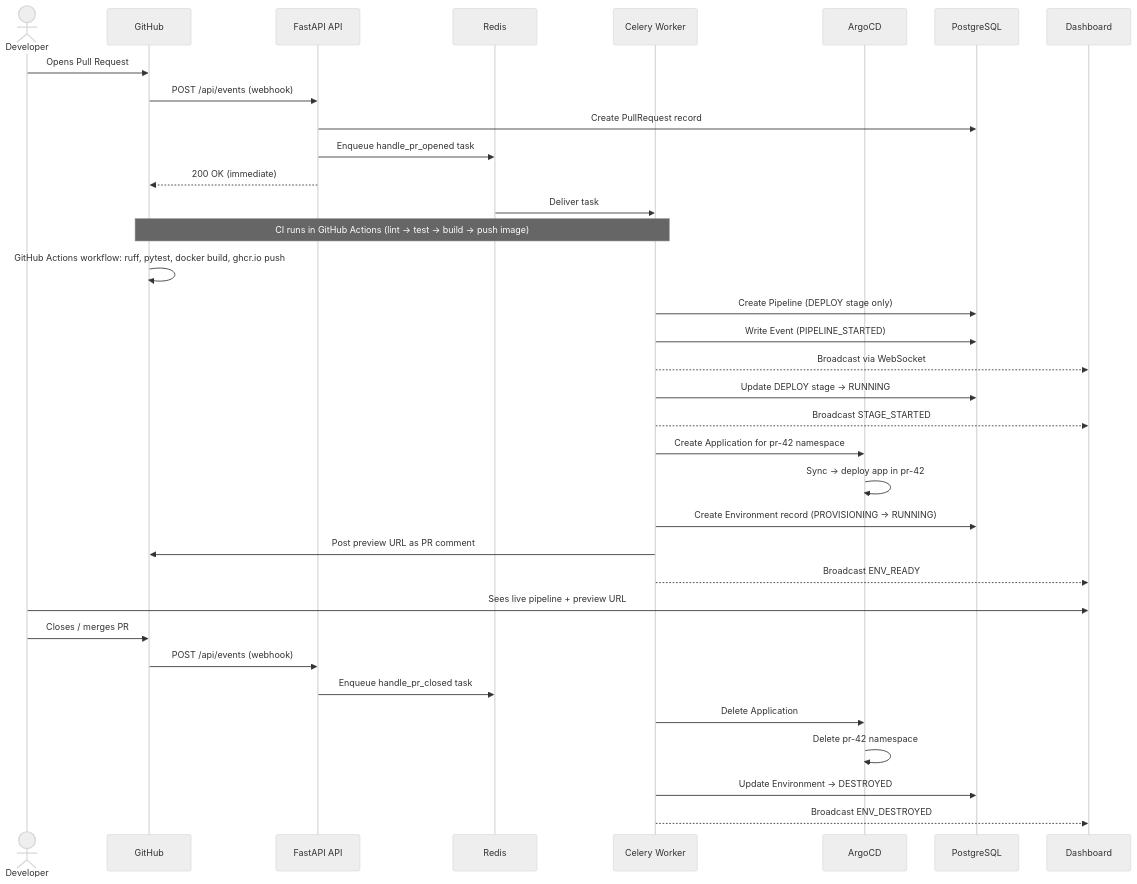
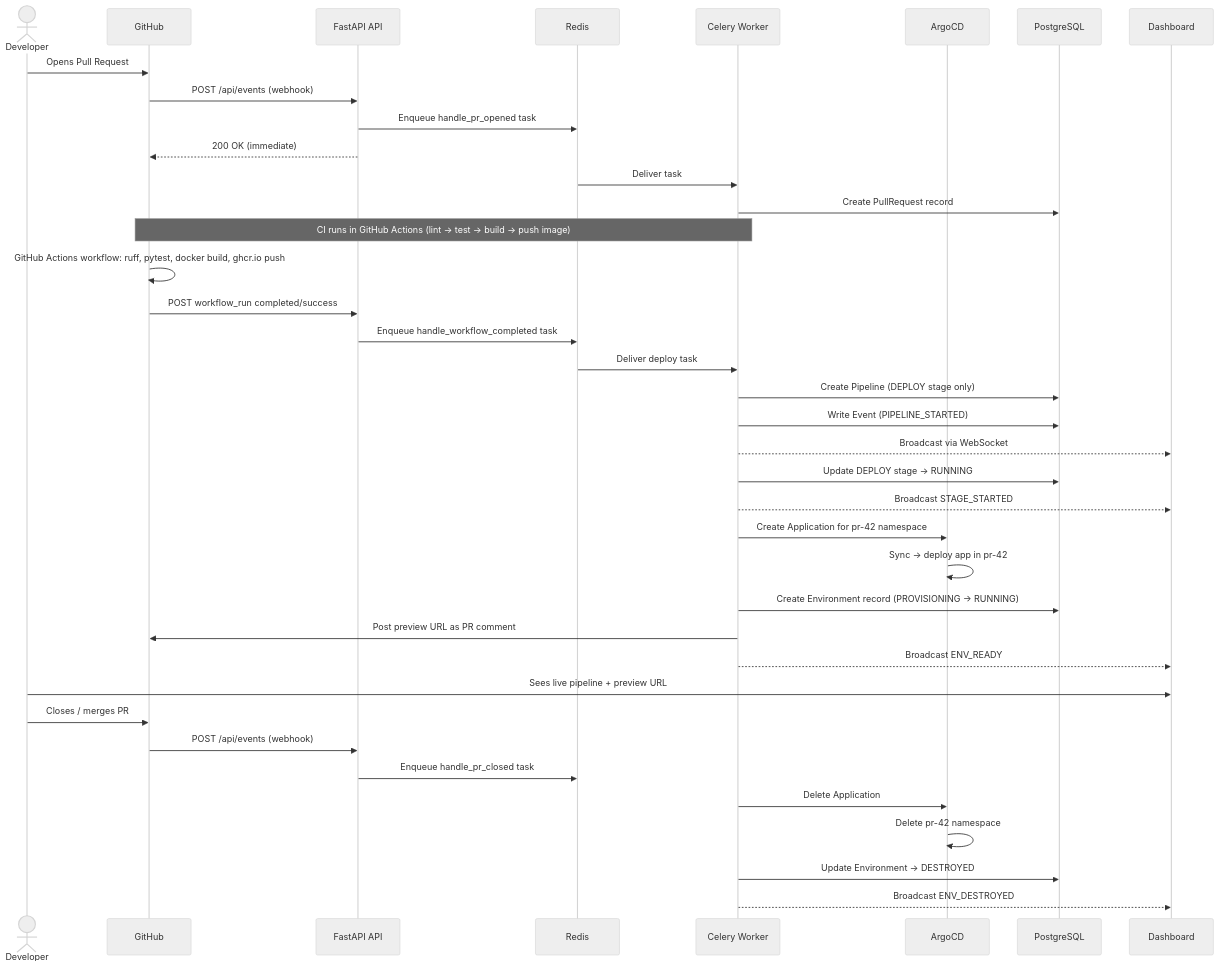
The second of 4 diagrams in README.md (robin-replat/SnapEnv), drawn with Mermaid (neutral theme) before and after one commit. The commit also changed other lines of this file and 20 other files, not shown here.

````diff
--- a/README.md
+++ b/README.md
@@ -86,43 +86,45 @@
 ```mermaid
 sequenceDiagram
     actor Dev as Developer
     participant GH as GitHub
     participant API as FastAPI API
     participant Redis
     participant Worker as Celery Worker
     participant ArgoCD
     participant DB as PostgreSQL
     participant Dash as Dashboard
 
     Dev->>GH: Opens Pull Request
     GH->>API: POST /api/events (webhook)
-    API->>DB: Create PullRequest record
     API->>Redis: Enqueue handle_pr_opened task
     API-->>GH: 200 OK (immediate)
-
     Redis->>Worker: Deliver task
+    Worker->>DB: Create PullRequest record
 
     Note over GH,Worker: CI runs in GitHub Actions (lint → test → build → push image)
     GH->>GH: GitHub Actions workflow: ruff, pytest, docker build, ghcr.io push
+    GH->>API: POST workflow_run completed/success
+    API->>Redis: Enqueue handle_workflow_completed task
+    Redis->>Worker: Deliver deploy task
 
     Worker->>DB: Create Pipeline (DEPLOY stage only)
     Worker->>DB: Write Event (PIPELINE_STARTED)
     Worker-->>Dash: Broadcast via WebSocket
 
     Worker->>DB: Update DEPLOY stage → RUNNING
     Worker-->>Dash: Broadcast STAGE_STARTED
     Worker->>ArgoCD: Create Application for pr-42 namespace
     ArgoCD->>ArgoCD: Sync → deploy app in pr-42
     Worker->>DB: Create Environment record (PROVISIONING → RUNNING)
     Worker->>GH: Post preview URL as PR comment
     Worker-->>Dash: Broadcast ENV_READY
 
     Dev->>Dash: Sees live pipeline + preview URL
     Dev->>GH: Closes / merges PR
     GH->>API: POST /api/events (webhook)
     API->>Redis: Enqueue handle_pr_closed task
     Worker->>ArgoCD: Delete Application
     ArgoCD->>ArgoCD: Delete pr-42 namespace
     Worker->>DB: Update Environment → DESTROYED
     Worker-->>Dash: Broadcast ENV_DESTROYED
 ```
````
